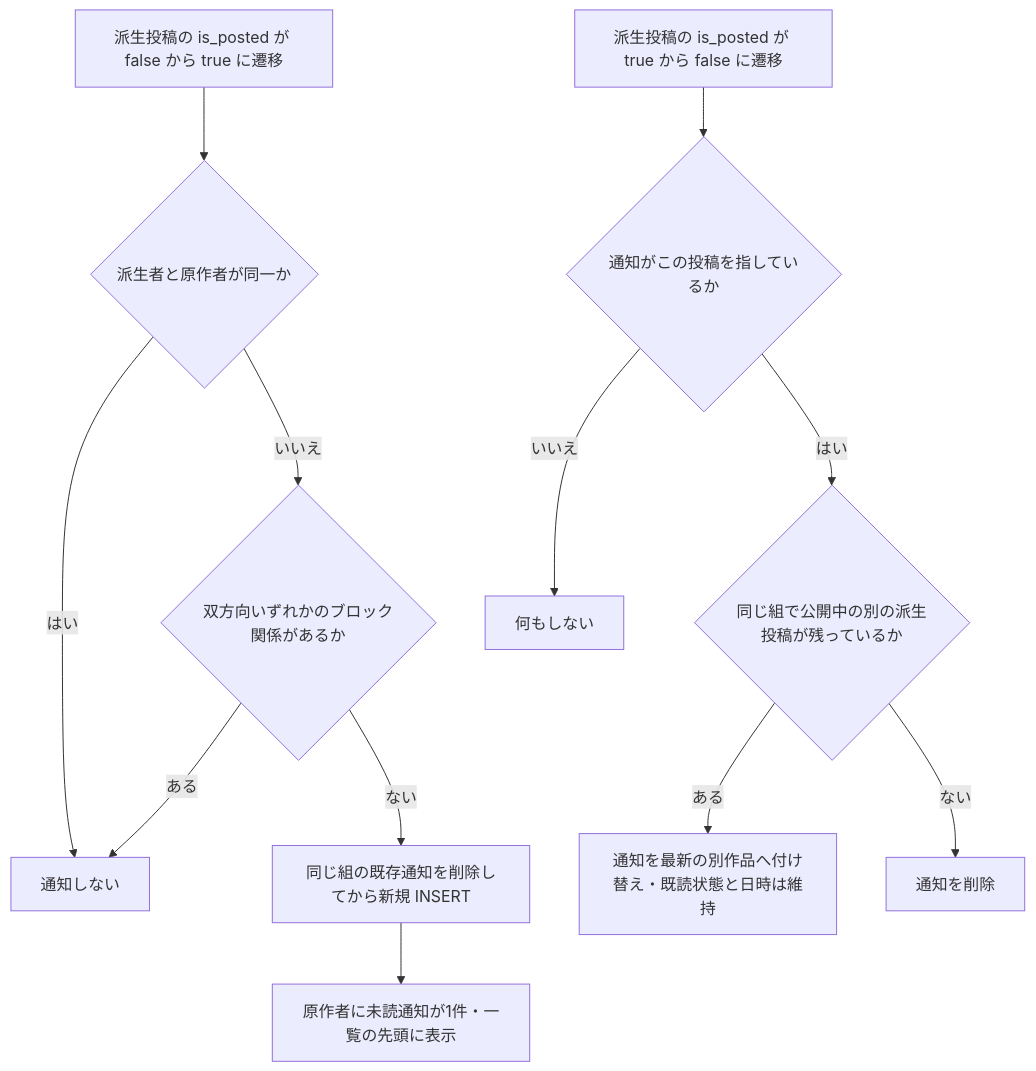
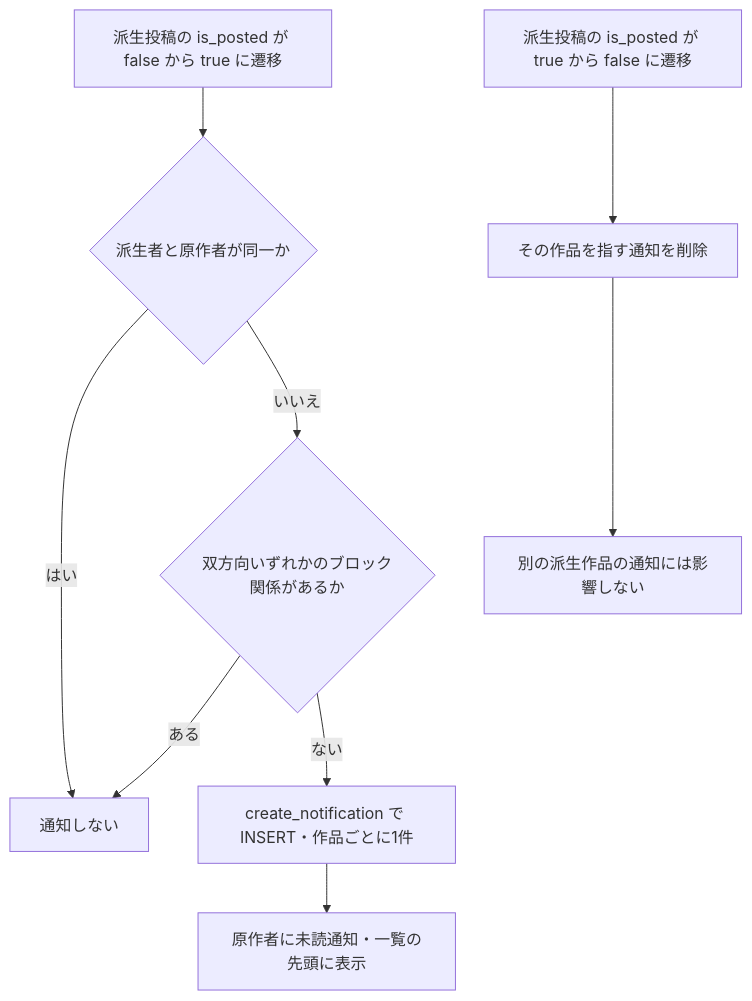
The first of 3 diagrams in docs/planning/derived-post-notification-implementation-plan.md (3balljugglerYu/ai_coordinate), drawn with Mermaid before and after one commit. The commit also changed other lines of this file, not shown here.

````diff
--- a/docs/planning/derived-post-notification-implementation-plan.md
+++ b/docs/planning/derived-post-notification-implementation-plan.md
@@ -73,15 +72,12 @@
 ```mermaid
 flowchart TD
     A["派生投稿の is_posted が false から true に遷移"] --> B{"派生者と原作者が同一か"}
     B -->|はい| Z["通知しない"]
     B -->|いいえ| C{"双方向いずれかのブロック関係があるか"}
     C -->|ある| Z
-    C -->|ない| D["同じ組の既存通知を削除してから新規 INSERT"]
-    D --> E["原作者に未読通知が1件・一覧の先頭に表示"]
+    C -->|ない| D["create_notification で INSERT・作品ごとに1件"]
+    D --> E["原作者に未読通知・一覧の先頭に表示"]
 
-    F["派生投稿の is_posted が true から false に遷移"] --> G{"通知がこの投稿を指しているか"}
-    G -->|いいえ| Y["何もしない"]
-    G -->|はい| H{"同じ組で公開中の別の派生投稿が残っているか"}
-    H -->|ある| I["通知を最新の別作品へ付け替え・既読状態と日時は維持"]
-    H -->|ない| J["通知を削除"]
+    F["派生投稿の is_posted が true から false に遷移"] --> G["その作品を指す通知を削除"]
+    G --> H["別の派生作品の通知には影響しない"]
 ```
````
